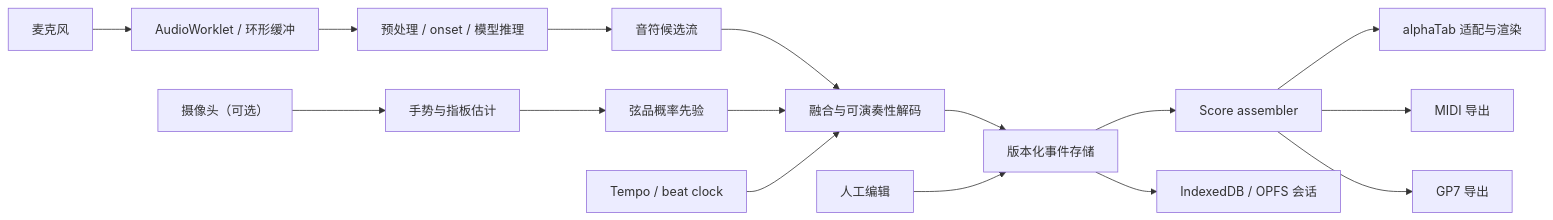
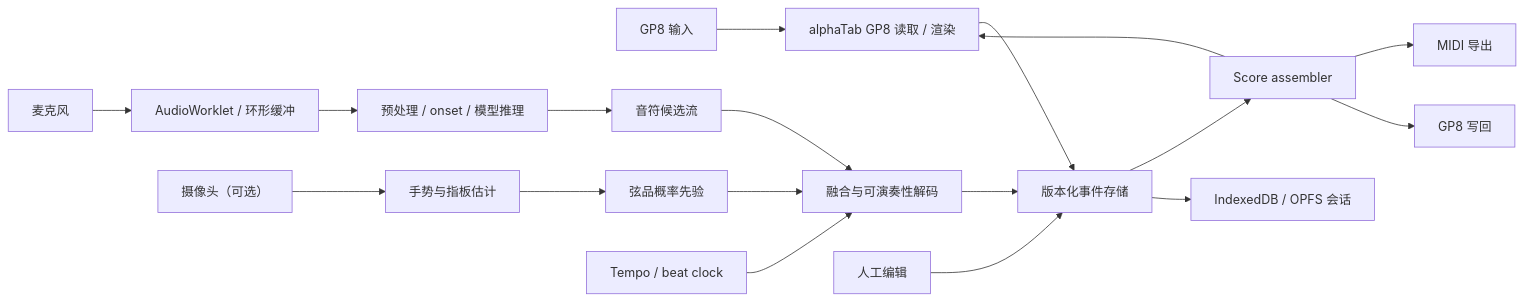
One commit to LenfantAtwood/tabrecord changed the diagram in docs/ARCHITECTURE.md. Above: the diagram before and after it, drawn with Mermaid. The commit also changed other lines of this file and 11 other files, not shown here.

````diff
--- a/docs/ARCHITECTURE.md
+++ b/docs/ARCHITECTURE.md
@@ -11,18 +11,20 @@
 ```mermaid
 flowchart LR
+  GP8IN["GP8 输入"] --> AT["alphaTab GP8 读取 / 渲染"]
   MIC["麦克风"] --> AW["AudioWorklet / 环形缓冲"]
   CAM["摄像头（可选）"] --> GE["手势与指板估计"]
   AW --> FE["预处理 / onset / 模型推理"]
   FE --> NE["音符候选流"]
   GE --> GP["弦品概率先验"]
   NE --> FU["融合与可演奏性解码"]
   GP --> FU
   CLOCK["Tempo / beat clock"] --> FU
   FU --> ES["版本化事件存储"]
   ES --> SA["Score assembler"]
-  SA --> AT["alphaTab 适配与渲染"]
+  AT --> ES
+  SA --> AT
   SA --> MIDI["MIDI 导出"]
-  SA --> GP7["GP7 导出"]
+  SA --> GP8OUT["GP8 写回"]
   USER["人工编辑"] --> ES
   ES --> SAVE["IndexedDB / OPFS 会话"]
 ```
````
